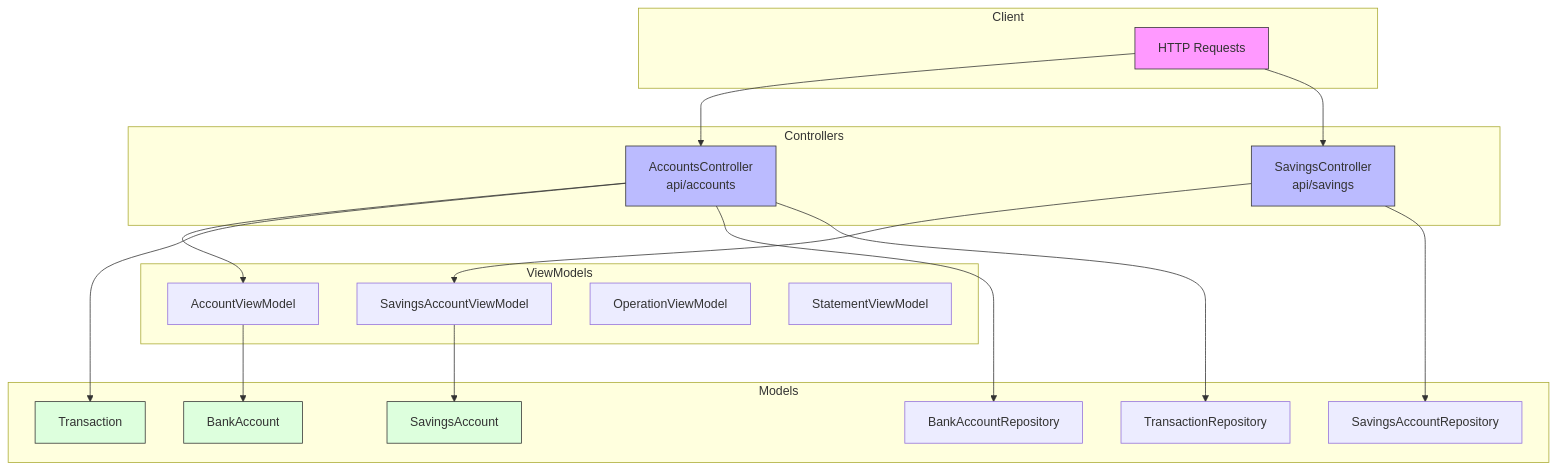
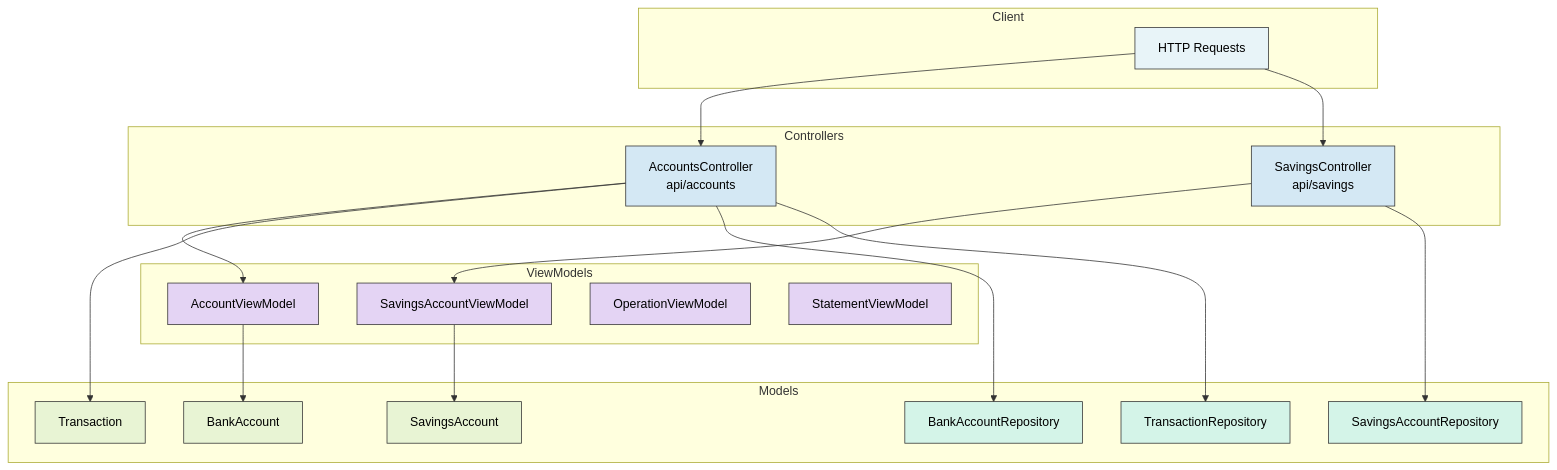
One commit to EL-R1/BankingKata-MVC changed the diagram in ARCHITECTURE.md. Above: the diagram before and after it, drawn with Mermaid. The commit also changed other lines of this file, not shown here.

Commit message:
Fix Mermaid diagrams with readable text colors

````diff
--- a/ARCHITECTURE.md
+++ b/ARCHITECTURE.md
@@ -3,47 +3,54 @@
 ```mermaid
 graph TD
     subgraph Client
         HTTP[HTTP Requests]
     end
 
     subgraph Controllers
         AC[AccountsController<br/>api/accounts]
         SC[SavingsController<br/>api/savings]
     end
 
     subgraph ViewModels
         AV[AccountViewModel]
         SV[SavingsAccountViewModel]
         OV[OperationViewModel]
         StV[StatementViewModel]
     end
 
     subgraph Models
         BA[BankAccount]
         SA[SavingsAccount]
         T[Transaction]
         BR[BankAccountRepository]
         SR[SavingsAccountRepository]
         TR[TransactionRepository]
     end
 
     HTTP --> AC
     HTTP --> SC
 
     AC --> AV
     SC --> SV
 
     AV --> BA
     SV --> SA
     AC --> T
     AC --> BR
     AC --> TR
     SC --> SR
 
-    style HTTP fill:#f9f,stroke:#333
-    style AC fill:#bbf,stroke:#333
-    style SC fill:#bbf,stroke:#333
-    style BA fill:#dfd,stroke:#333
-    style SA fill:#dfd,stroke:#333
-    style T fill:#dfd,stroke:#333
+    style HTTP fill:#e8f4f8,stroke:#333,color:#000000
+    style AC fill:#d4e8f4,stroke:#333,color:#000000
+    style SC fill:#d4e8f4,stroke:#333,color:#000000
+    style AV fill:#e4d4f4,stroke:#333,color:#000000
+    style SV fill:#e4d4f4,stroke:#333,color:#000000
+    style OV fill:#e4d4f4,stroke:#333,color:#000000
+    style StV fill:#e4d4f4,stroke:#333,color:#000000
+    style BA fill:#e8f4d4,stroke:#333,color:#000000
+    style SA fill:#e8f4d4,stroke:#333,color:#000000
+    style T fill:#e8f4d4,stroke:#333,color:#000000
+    style BR fill:#d4f4e8,stroke:#333,color:#000000
+    style SR fill:#d4f4e8,stroke:#333,color:#000000
+    style TR fill:#d4f4e8,stroke:#333,color:#000000
 ```
````
